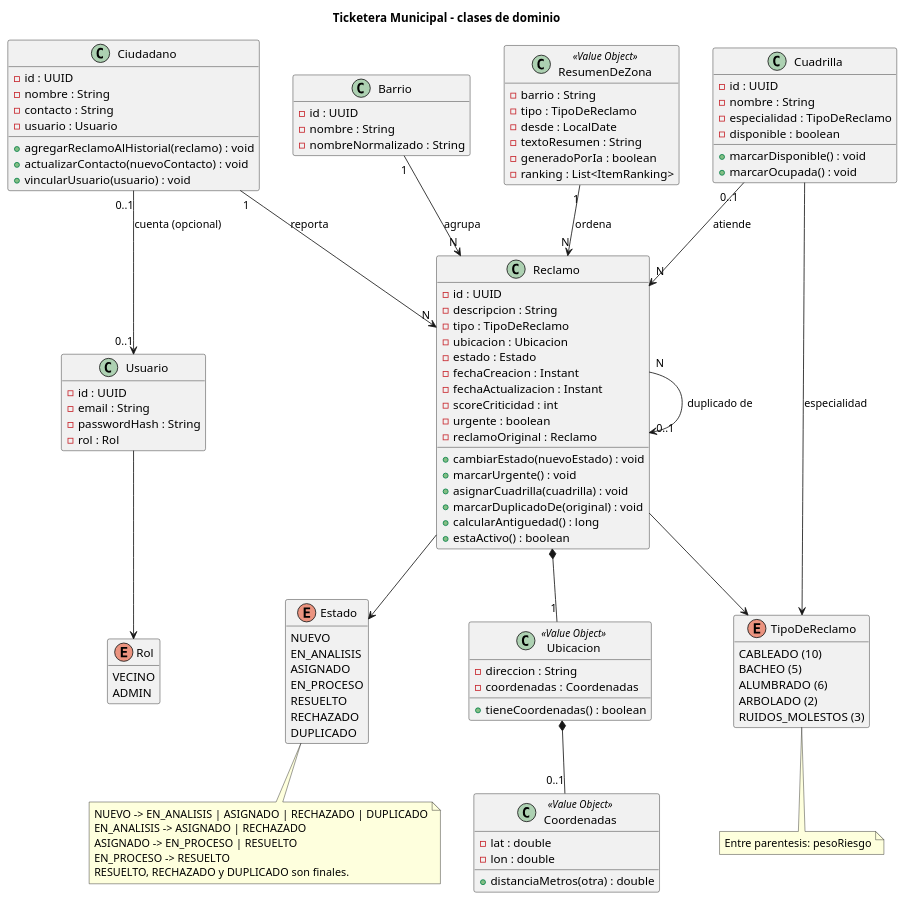
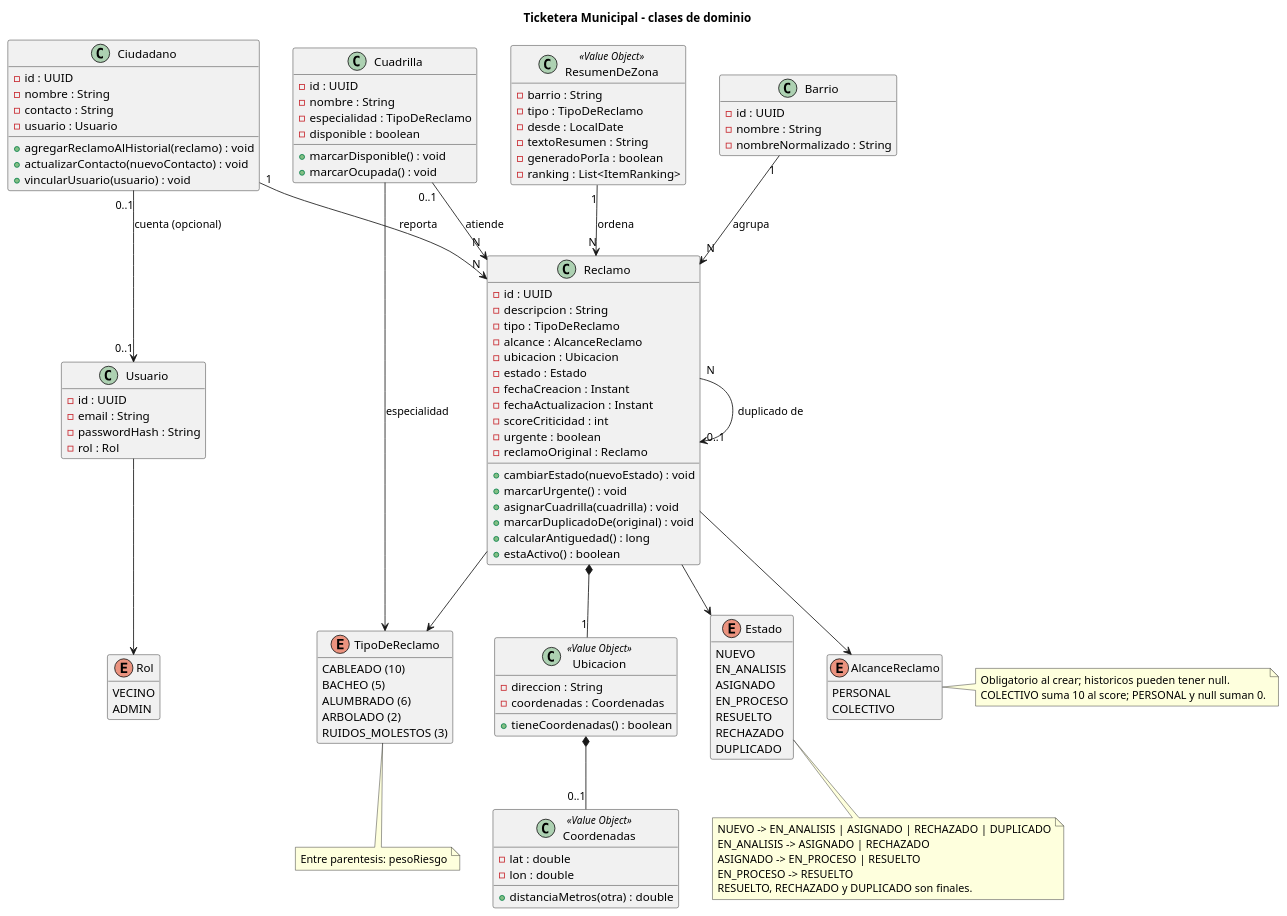
Before and after one commit to francolovera24/Backend-TicketeraMunicipal-DDA2: the diagram in docs/01a_clases_dominio.puml, drawn with PlantUML. The commit also changed 36 other files, not shown here.

Commit message:
feat: incorporar alcance personal y colectivo con adicional de criticidad

```diff
--- a/docs/01a_clases_dominio.puml
+++ b/docs/01a_clases_dominio.puml
@@ -1,126 +1,137 @@
 @startuml 01a_clases_dominio
 title Ticketera Municipal - clases de dominio
 
 hide empty members
 skinparam nodesep 40
 
 class Reclamo {
     -id : UUID
     -descripcion : String
     -tipo : TipoDeReclamo
+    -alcance : AlcanceReclamo
     -ubicacion : Ubicacion
     -estado : Estado
     -fechaCreacion : Instant
     -fechaActualizacion : Instant
     -scoreCriticidad : int
     -urgente : boolean
     -reclamoOriginal : Reclamo
     +cambiarEstado(nuevoEstado) : void
     +marcarUrgente() : void
     +asignarCuadrilla(cuadrilla) : void
     +marcarDuplicadoDe(original) : void
     +calcularAntiguedad() : long
     +estaActivo() : boolean
 }
 
 class Ciudadano {
     -id : UUID
     -nombre : String
     -contacto : String
     -usuario : Usuario
     +agregarReclamoAlHistorial(reclamo) : void
     +actualizarContacto(nuevoContacto) : void
     +vincularUsuario(usuario) : void
 }
 
 class Cuadrilla {
     -id : UUID
     -nombre : String
     -especialidad : TipoDeReclamo
     -disponible : boolean
     +marcarDisponible() : void
     +marcarOcupada() : void
 }
 
 class Barrio {
     -id : UUID
     -nombre : String
     -nombreNormalizado : String
 }
 
 class Usuario {
     -id : UUID
     -email : String
     -passwordHash : String
     -rol : Rol
 }
 
 class Ubicacion <<Value Object>> {
     -direccion : String
     -coordenadas : Coordenadas
     +tieneCoordenadas() : boolean
 }
 
 class Coordenadas <<Value Object>> {
     -lat : double
     -lon : double
     +distanciaMetros(otra) : double
 }
 
 class ResumenDeZona <<Value Object>> {
     -barrio : String
     -tipo : TipoDeReclamo
     -desde : LocalDate
     -textoResumen : String
     -generadoPorIa : boolean
     -ranking : List<ItemRanking>
 }
 
 enum Estado {
     NUEVO
     EN_ANALISIS
     ASIGNADO
     EN_PROCESO
     RESUELTO
     RECHAZADO
     DUPLICADO
 }
 
+enum AlcanceReclamo {
+    PERSONAL
+    COLECTIVO
+}
+
 enum TipoDeReclamo {
     CABLEADO (10)
     BACHEO (5)
     ALUMBRADO (6)
     ARBOLADO (2)
     RUIDOS_MOLESTOS (3)
 }
 
 enum Rol {
     VECINO
     ADMIN
 }
 
 note bottom of Estado
   NUEVO -> EN_ANALISIS | ASIGNADO | RECHAZADO | DUPLICADO
   EN_ANALISIS -> ASIGNADO | RECHAZADO
   ASIGNADO -> EN_PROCESO | RESUELTO
   EN_PROCESO -> RESUELTO
   RESUELTO, RECHAZADO y DUPLICADO son finales.
 end note
 
 note bottom of TipoDeReclamo
   Entre parentesis: pesoRiesgo
 end note
 
 Ciudadano "1" --> "N" Reclamo : reporta
 Barrio "1" --> "N" Reclamo : agrupa
 Cuadrilla "0..1" --> "N" Reclamo : atiende
 Reclamo "N" --> "0..1" Reclamo : duplicado de
 Reclamo *-- "1" Ubicacion
 Ubicacion *-- "0..1" Coordenadas
 Reclamo --> Estado
 Reclamo --> TipoDeReclamo
 Cuadrilla --> TipoDeReclamo : especialidad
 Ciudadano "0..1" --> "0..1" Usuario : cuenta (opcional)
 Usuario --> Rol
 ResumenDeZona "1" --> "N" Reclamo : ordena
+Reclamo --> AlcanceReclamo
+note right of AlcanceReclamo
+  Obligatorio al crear; historicos pueden tener null.
+  COLECTIVO suma 10 al score; PERSONAL y null suman 0.
+end note
 @enduml
```
